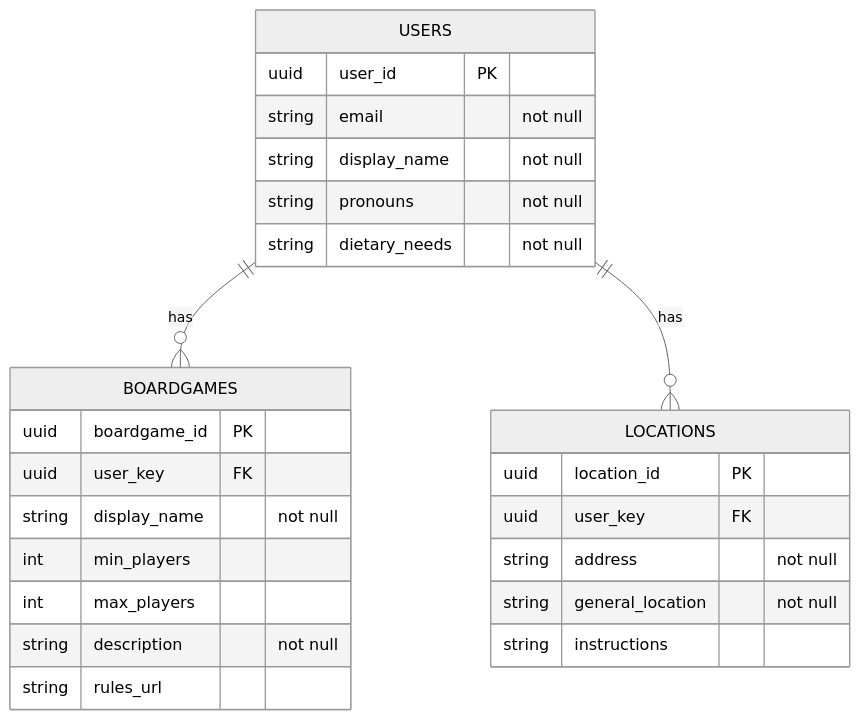
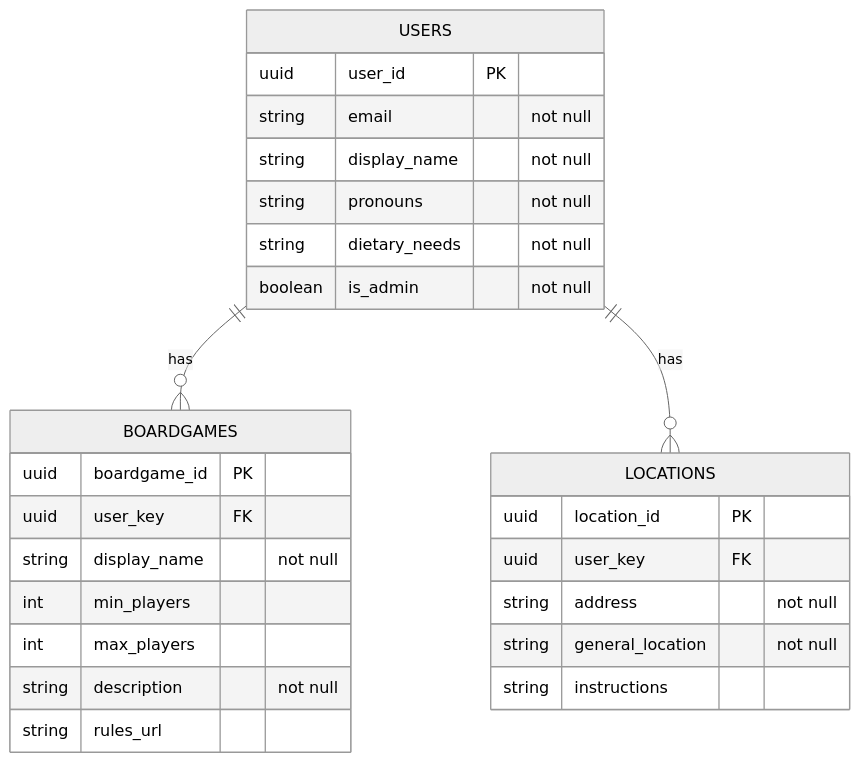
The diagram in documentation/design/USER_MANAGEMENT.md (game-night-dot-gay/game-night), drawn with Mermaid (neutral theme) before and after one commit. The commit also changed other lines of this file and 1 other file, not shown here.

````diff
--- a/documentation/design/USER_MANAGEMENT.md
+++ b/documentation/design/USER_MANAGEMENT.md
@@ -62,28 +62,29 @@
 ```mermaid
 erDiagram
     USERS {
         uuid user_id PK
         string email "not null"
         string display_name "not null"
         string pronouns "not null"
         string dietary_needs "not null"
+        boolean is_admin "not null"
     }
     BOARDGAMES {
         uuid boardgame_id PK
         uuid user_key FK
         string display_name "not null"
         int min_players
         int max_players
         string description "not null"
         string rules_url
     }
     LOCATIONS {
         uuid location_id PK
         uuid user_key FK
         string address "not null"
         string general_location "not null"
         string instructions
     }
     USERS ||--o{ BOARDGAMES : has
     USERS ||--o{ LOCATIONS : has
 ```
````
